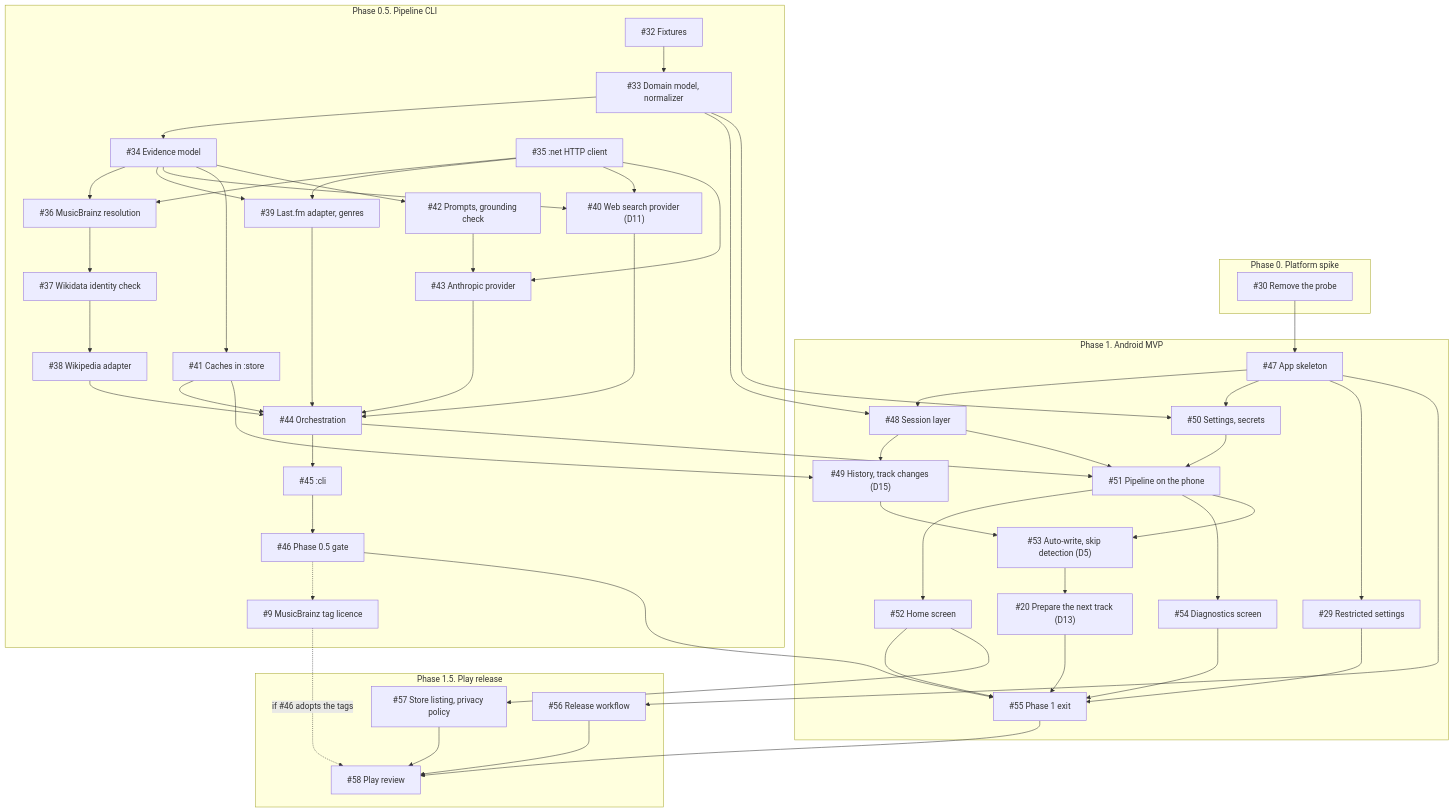
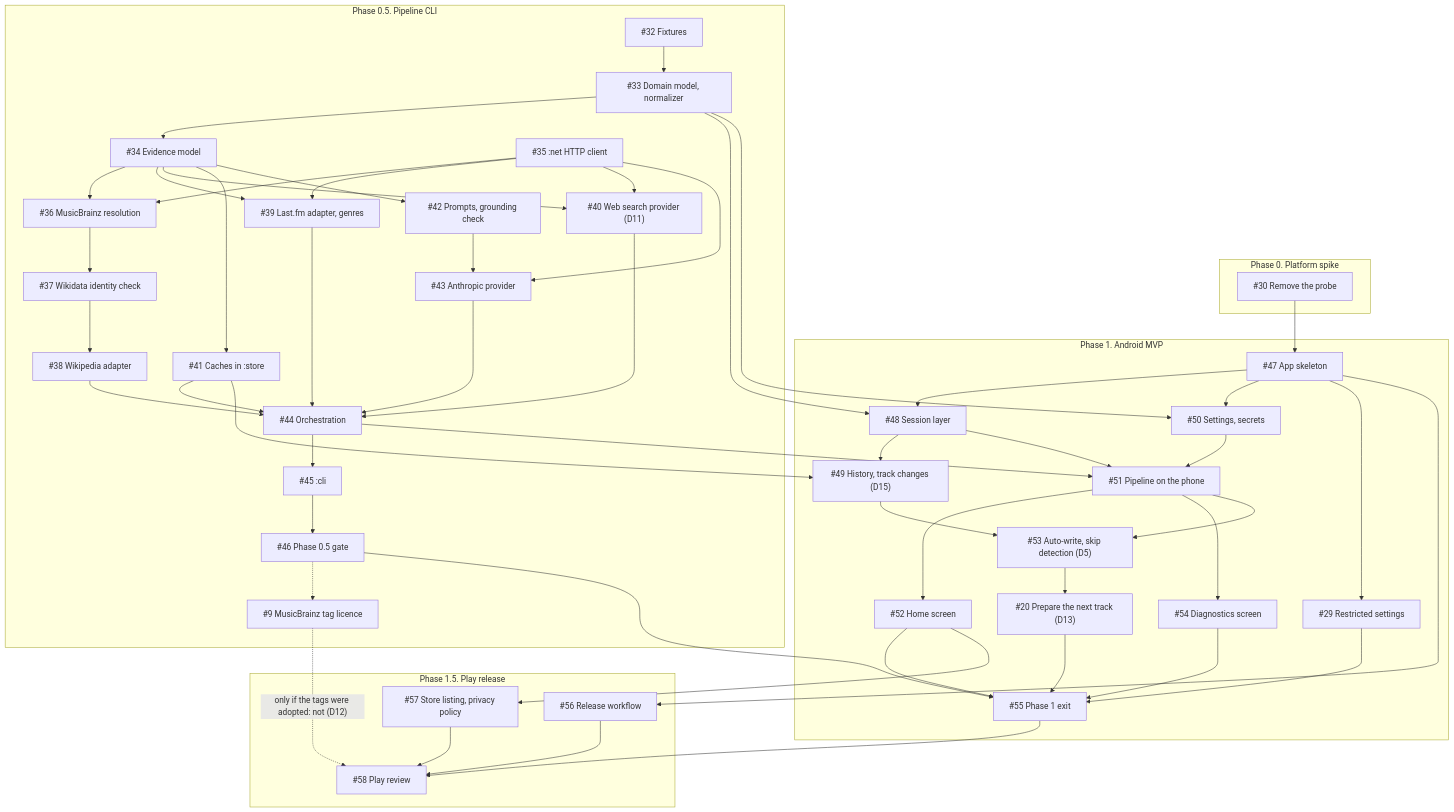
The diagram in design/plan.md (wkusnierczyk/sleevesight), drawn with Mermaid before and after one commit. The commit also changed other lines of this file and 8 other files, not shown here.

```diff
--- a/design/plan.md
+++ b/design/plan.md
@@ -74,7 +74,7 @@
   i43 --> i44
   i44 --> i45 --> i46
   i46 -.-> i9
-  i9 -.->|"if #46 adopts the tags"| i58
+  i9 -.->|"only if the tags were adopted: not (D12)"| i58
   i46 --> i55
 
   i30 --> i47
```
